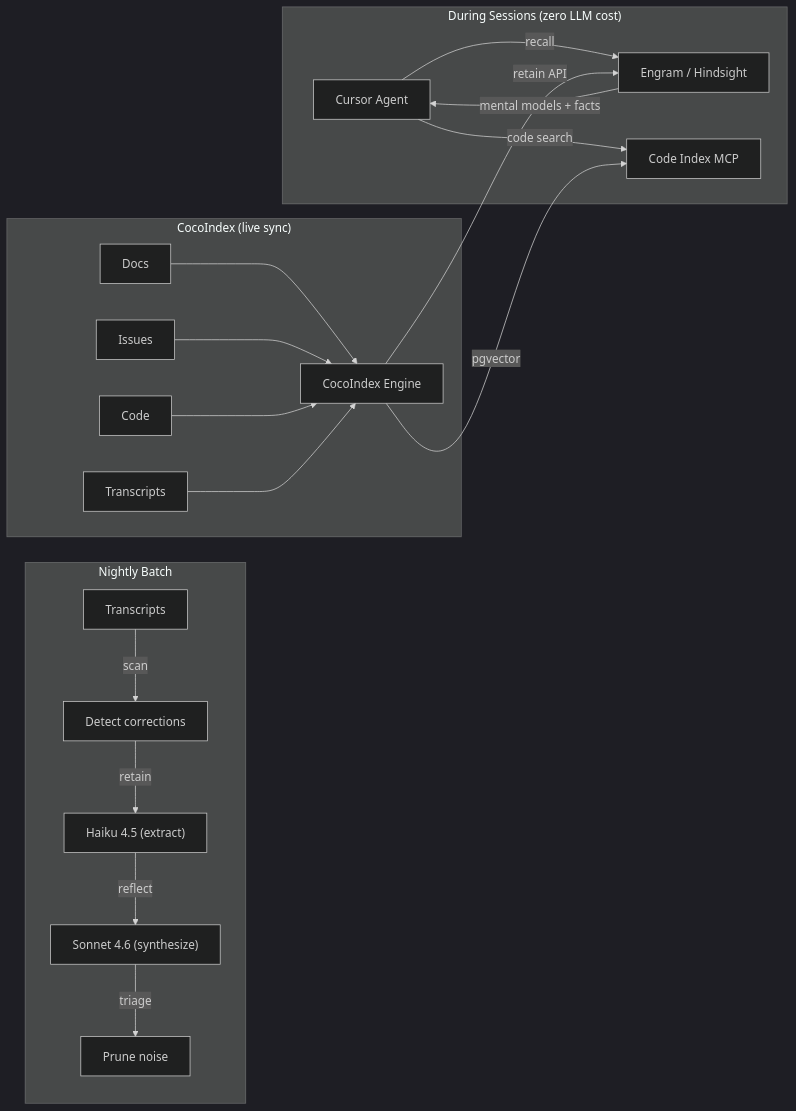
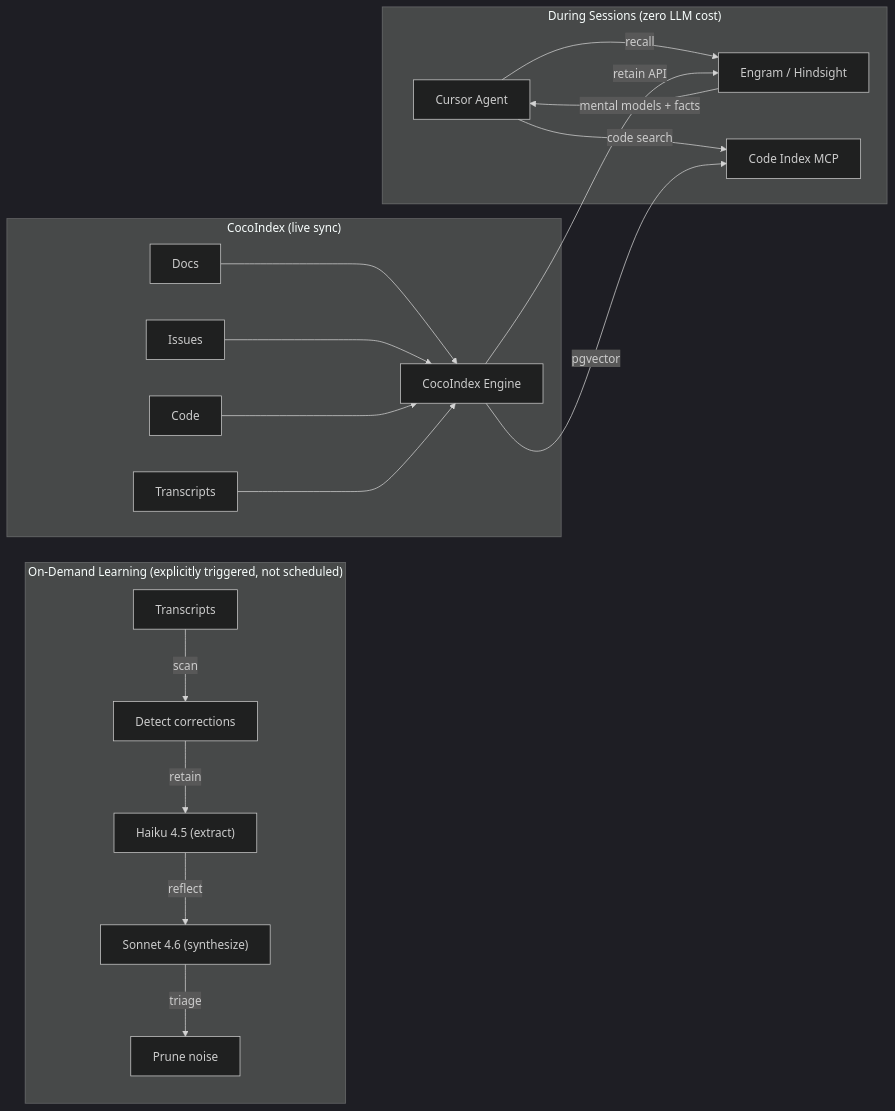
The first of 2 diagrams in README.md (jordigilh/engram), drawn with Mermaid (dark theme) before and after one commit. The commit also changed other lines of this file, not shown here.

First line of the commit message:
docs(readme): reflect on-demand retain/reflect, drop macOS-service bullet

````diff
--- a/README.md
+++ b/README.md
@@ -22,24 +22,24 @@
 ```mermaid
 flowchart LR
     subgraph session["During Sessions (zero LLM cost)"]
         A[Cursor Agent] -->|recall| B[Engram / Hindsight]
         B -->|"mental models + facts"| A
         A -->|code search| CI_MCP[Code Index MCP]
     end
 
-    subgraph nightly["Nightly Batch"]
+    subgraph ondemand["On-Demand Learning (explicitly triggered, not scheduled)"]
         C[Transcripts] -->|scan| D[Detect corrections]
         D -->|retain| E["Haiku 4.5 (extract)"]
         E -->|reflect| F["Sonnet 4.6 (synthesize)"]
         F -->|triage| G["Prune noise"]
     end
 
     subgraph cocoindex["CocoIndex (live sync)"]
         docs_src[Docs] --> CI[CocoIndex Engine]
         issues_src[Issues] --> CI
         code_src[Code] --> CI
         transcripts_src[Transcripts] --> CI
         CI -->|"retain API"| B
         CI -->|"pgvector"| CI_MCP
     end
 ```
````
